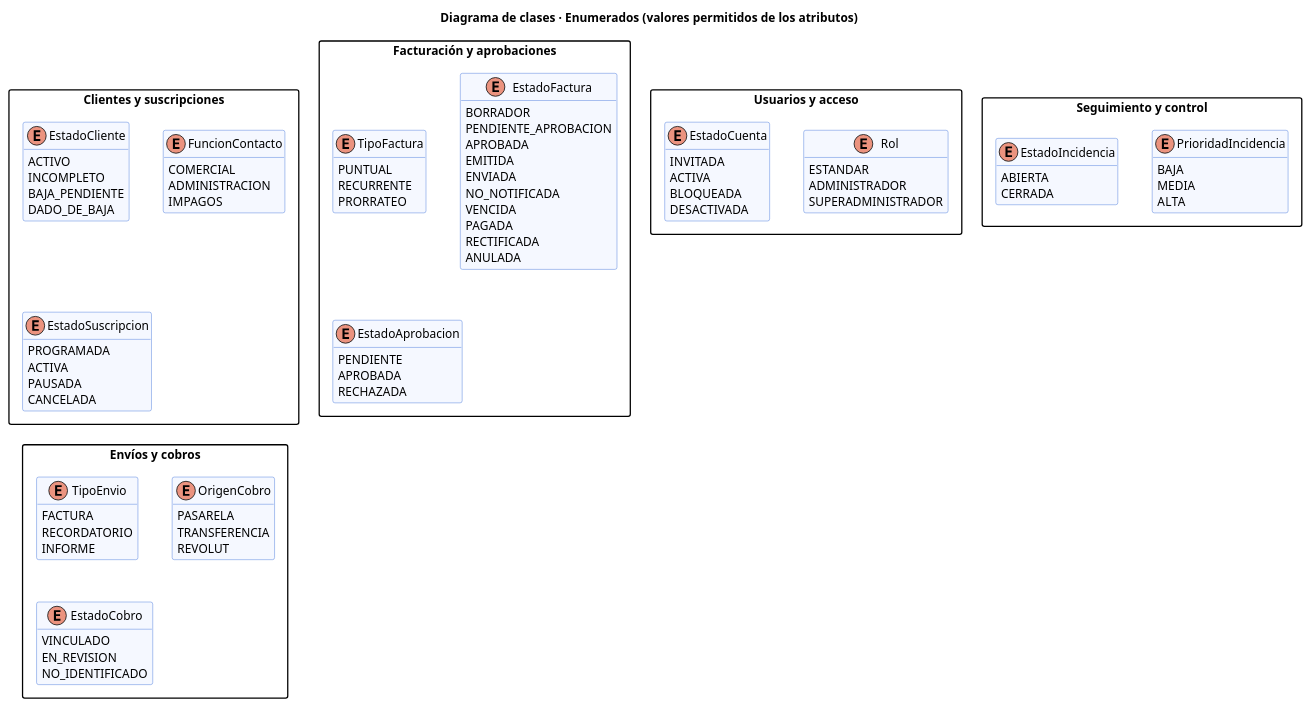
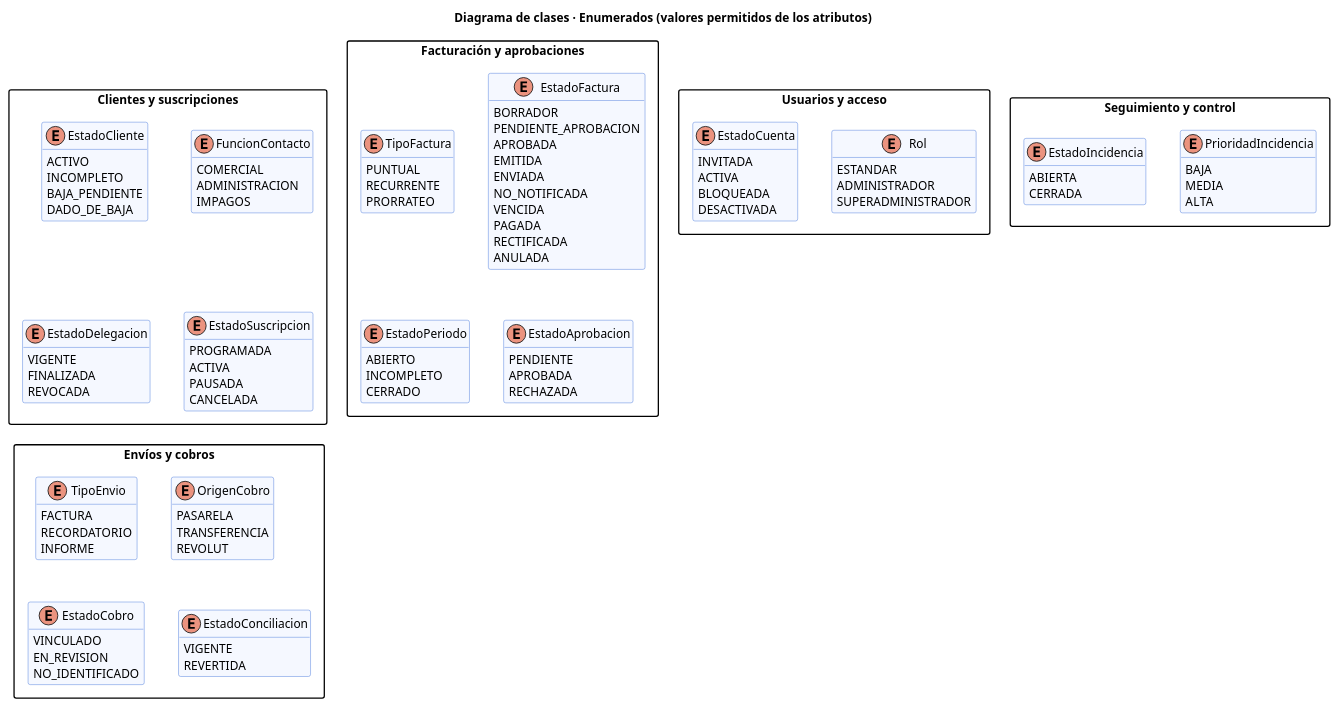
The diagram in docs/Finales/Diagrama Clases/Diagramas PUML Final/DiagramaClases_4_Enumerados.puml (ItsYous3fBro/turbine_ADAP), drawn with PlantUML before and after one commit. The commit also changed 25 other files, not shown here.

Commit message:
Añadidas la version final de Diagramas ER, y fixed unos errores en los diagramas de clase

```diff
--- a/docs/Finales/Diagrama Clases/Diagramas PUML Final/DiagramaClases_4_Enumerados.puml
+++ b/docs/Finales/Diagrama Clases/Diagramas PUML Final/DiagramaClases_4_Enumerados.puml
@@ -1,104 +1,118 @@
 @startuml DiagramaClases_4_Enumerados
 title Diagrama de clases · Enumerados (valores permitidos de los atributos)
 skinparam shadowing false
 skinparam classAttributeIconSize 0
 skinparam packageStyle rectangle
 skinparam nodesep 40
 skinparam ranksep 50
 skinparam class {
   BackgroundColor #F5F8FF
   BorderColor #3B6FD8
   BackgroundColor<<ref>> #EDEDED
   BorderColor<<ref>> #9A9A9A
   FontColor<<ref>> #555555
 }
 hide empty members
 hide <<ref>> members
 hide <<ref>> stereotype
 hide <<ref>> circle
 
 package "Usuarios y acceso" {
 enum Rol {
   ESTANDAR
   ADMINISTRADOR
   SUPERADMINISTRADOR
   }
 enum EstadoCuenta {
   INVITADA
   ACTIVA
   BLOQUEADA
   DESACTIVADA
   }
 }
 package "Clientes y suscripciones" {
 enum EstadoCliente {
   ACTIVO
   INCOMPLETO
   BAJA_PENDIENTE
   DADO_DE_BAJA
   }
 enum FuncionContacto {
   COMERCIAL
   ADMINISTRACION
   IMPAGOS
   }
+enum EstadoDelegacion {
+  VIGENTE
+  FINALIZADA
+  REVOCADA
+  }
 enum EstadoSuscripcion {
   PROGRAMADA
   ACTIVA
   PAUSADA
   CANCELADA
   }
 }
 package "Facturación y aprobaciones" {
 enum TipoFactura {
   PUNTUAL
   RECURRENTE
   PRORRATEO
   }
 enum EstadoFactura {
   BORRADOR
   PENDIENTE_APROBACION
   APROBADA
   EMITIDA
   ENVIADA
   NO_NOTIFICADA
   VENCIDA
   PAGADA
   RECTIFICADA
   ANULADA
   }
+enum EstadoPeriodo {
+  ABIERTO
+  INCOMPLETO
+  CERRADO
+  }
 enum EstadoAprobacion {
   PENDIENTE
   APROBADA
   RECHAZADA
   }
 }
 package "Envíos y cobros" {
 enum TipoEnvio {
   FACTURA
   RECORDATORIO
   INFORME
   }
 enum OrigenCobro {
   PASARELA
   TRANSFERENCIA
   REVOLUT
   }
 enum EstadoCobro {
   VINCULADO
   EN_REVISION
   NO_IDENTIFICADO
   }
+enum EstadoConciliacion {
+  VIGENTE
+  REVERTIDA
+  }
 }
 package "Seguimiento y control" {
 enum PrioridadIncidencia {
   BAJA
   MEDIA
   ALTA
   }
 enum EstadoIncidencia {
   ABIERTA
   CERRADA
   }
 }
 @enduml
```
